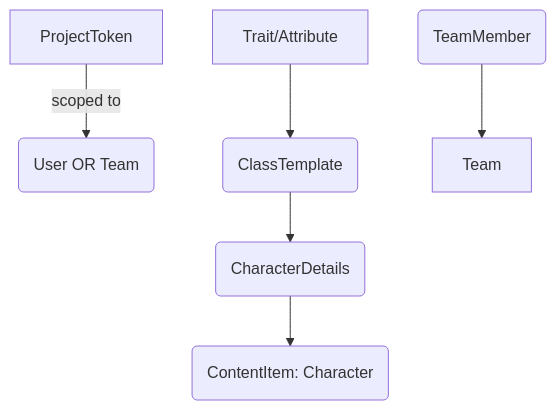
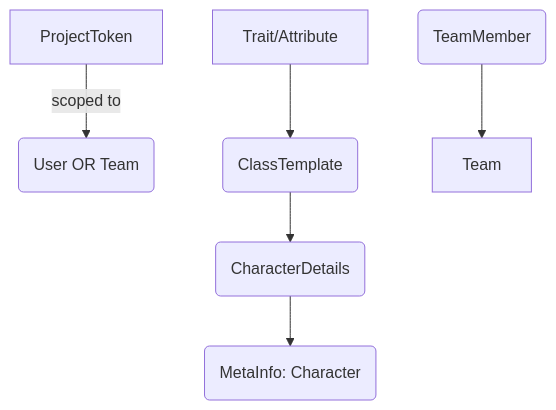
One commit to phinoox/Gadema changed the fourth of 4 diagrams in docs/ENTITY_RELATIONSHIPS.md. Above: the diagram before and after it, drawn with Mermaid. The commit also changed other lines of this file and 62 other files, not shown here.

Commit message:
renamed ContentItem to MetaInfo to better reflect its purpose(and confuse the llm a little less)

````diff
--- a/docs/ENTITY_RELATIONSHIPS.md
+++ b/docs/ENTITY_RELATIONSHIPS.md
@@ -213,10 +213,10 @@
 ```mermaid
 graph TD
     A[ProjectToken] -->|scoped to| B(User OR Team)
     
     C[Trait/Attribute] --> D(ClassTemplate)
     D --> E(CharacterDetails)
-    E --> F(ContentItem: Character)
+    E --> F(MetaInfo: Character)
     
     G(TeamMember) --> H[Team]
 ```
````
